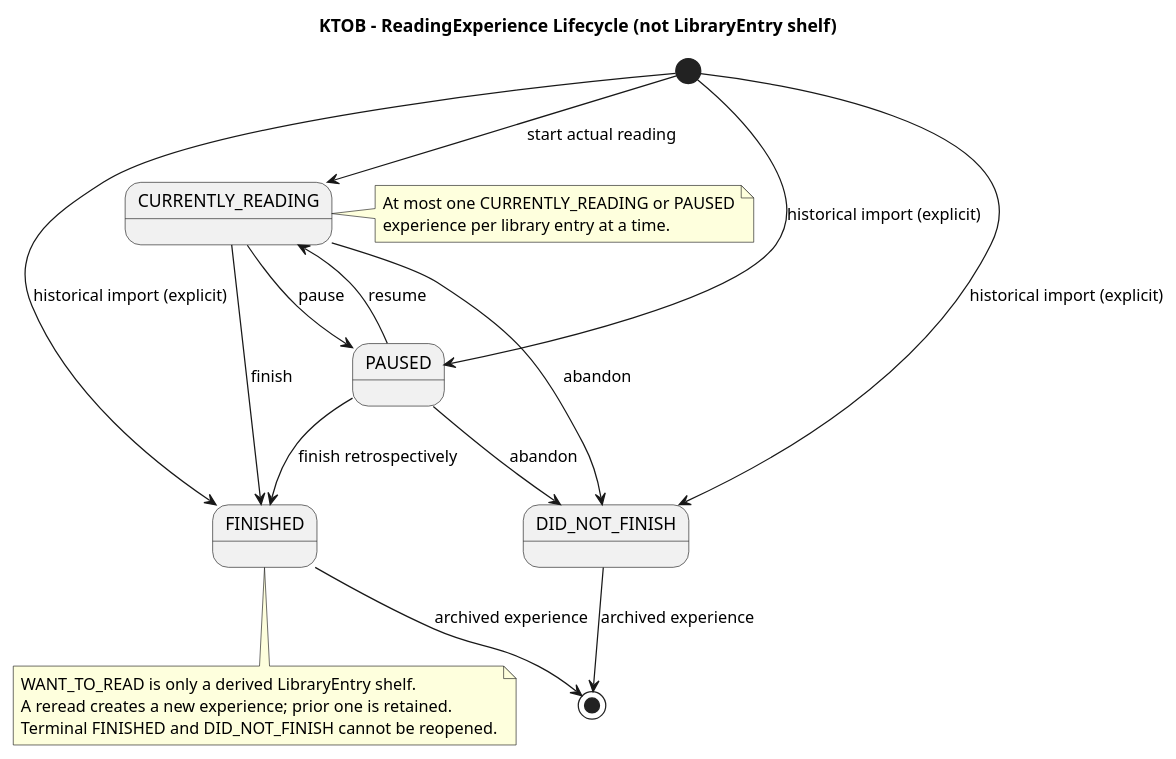
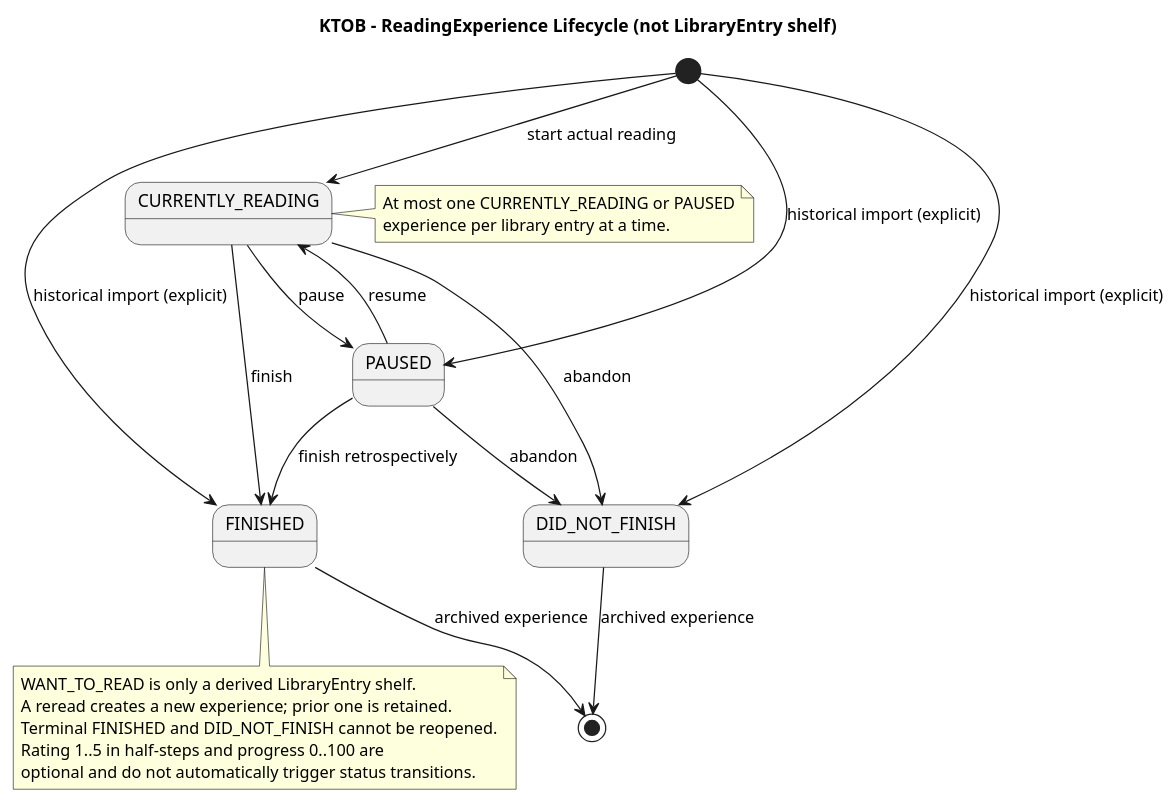
Before and after one commit to Adam-BArbia/ktob-literary-companion: the diagram in docs/uml/14-state-reading.puml, drawn with PlantUML. The commit also changed 18 other files, not shown here.

Commit message:
docs(architecture): apply approved R1 ratings progress profile and spoiler defaults

```diff
--- a/docs/uml/14-state-reading.puml
+++ b/docs/uml/14-state-reading.puml
@@ -1,24 +1,26 @@
 @startuml KTOB_14_state_reading
 title KTOB - ReadingExperience Lifecycle (not LibraryEntry shelf)
 [*] --> CURRENTLY_READING : start actual reading
 [*] --> FINISHED : historical import (explicit)
 [*] --> PAUSED : historical import (explicit)
 [*] --> DID_NOT_FINISH : historical import (explicit)
 CURRENTLY_READING --> PAUSED : pause
 PAUSED --> CURRENTLY_READING : resume
 CURRENTLY_READING --> FINISHED : finish
 CURRENTLY_READING --> DID_NOT_FINISH : abandon
 PAUSED --> FINISHED : finish retrospectively
 PAUSED --> DID_NOT_FINISH : abandon
 FINISHED --> [*] : archived experience
 DID_NOT_FINISH --> [*] : archived experience
 note right of CURRENTLY_READING
 At most one CURRENTLY_READING or PAUSED
 experience per library entry at a time.
 end note
 note bottom of FINISHED
 WANT_TO_READ is only a derived LibraryEntry shelf.
 A reread creates a new experience; prior one is retained.
 Terminal FINISHED and DID_NOT_FINISH cannot be reopened.
+Rating 1..5 in half-steps and progress 0..100 are
+optional and do not automatically trigger status transitions.
 end note
 @enduml
```
